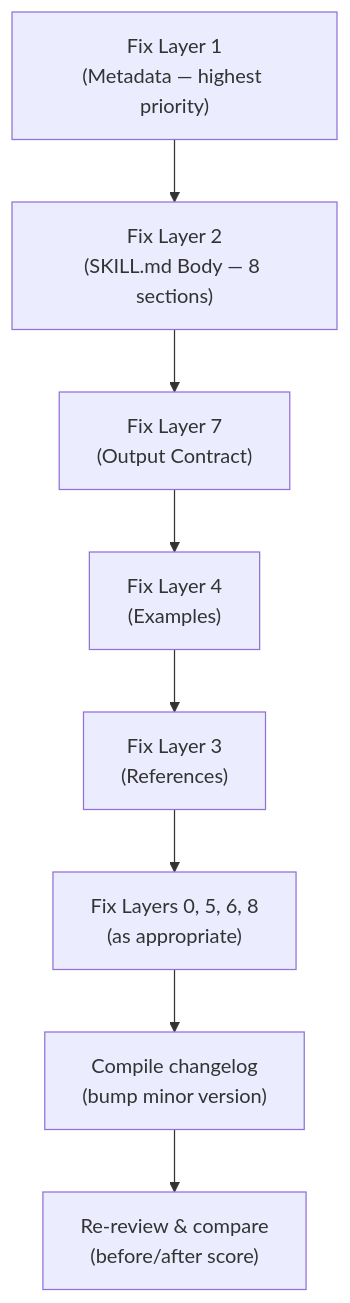
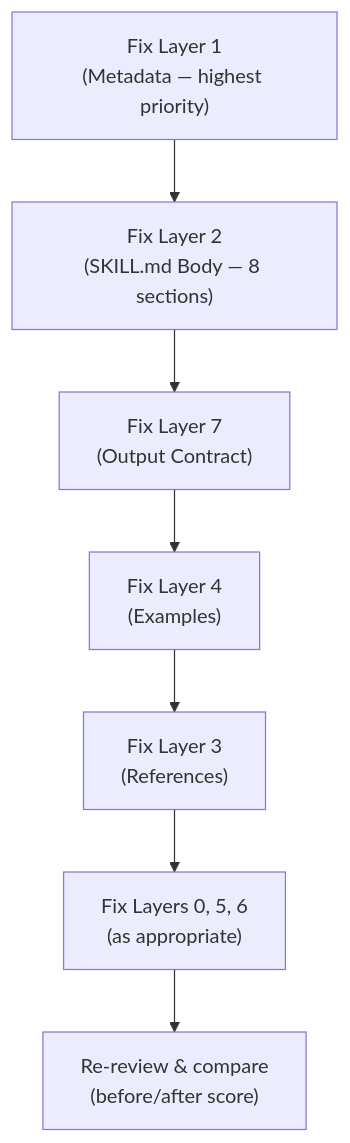
Before and after one commit to quangson137/superbrain: the third of 3 diagrams in .claude/skills/skill-master/SKILL.md, drawn with Mermaid. The commit also changed other lines of this file and 9 other files, not shown here.

````diff
--- a/.claude/skills/skill-master/SKILL.md
+++ b/.claude/skills/skill-master/SKILL.md
@@ -174,13 +173,12 @@
 ```mermaid
 flowchart TD
     A["Fix Layer 1<br/>(Metadata — highest priority)"]
     B["Fix Layer 2<br/>(SKILL.md Body — 8 sections)"]
     C["Fix Layer 7<br/>(Output Contract)"]
     D["Fix Layer 4<br/>(Examples)"]
     E["Fix Layer 3<br/>(References)"]
-    F["Fix Layers 0, 5, 6, 8<br/>(as appropriate)"]
-    G["Compile changelog<br/>(bump minor version)"]
-    H["Re-review & compare<br/>(before/after score)"]
+    F["Fix Layers 0, 5, 6<br/>(as appropriate)"]
+    G["Re-review & compare<br/>(before/after score)"]
 
-    A --> B --> C --> D --> E --> F --> G --> H
+    A --> B --> C --> D --> E --> F --> G
 ```
````
